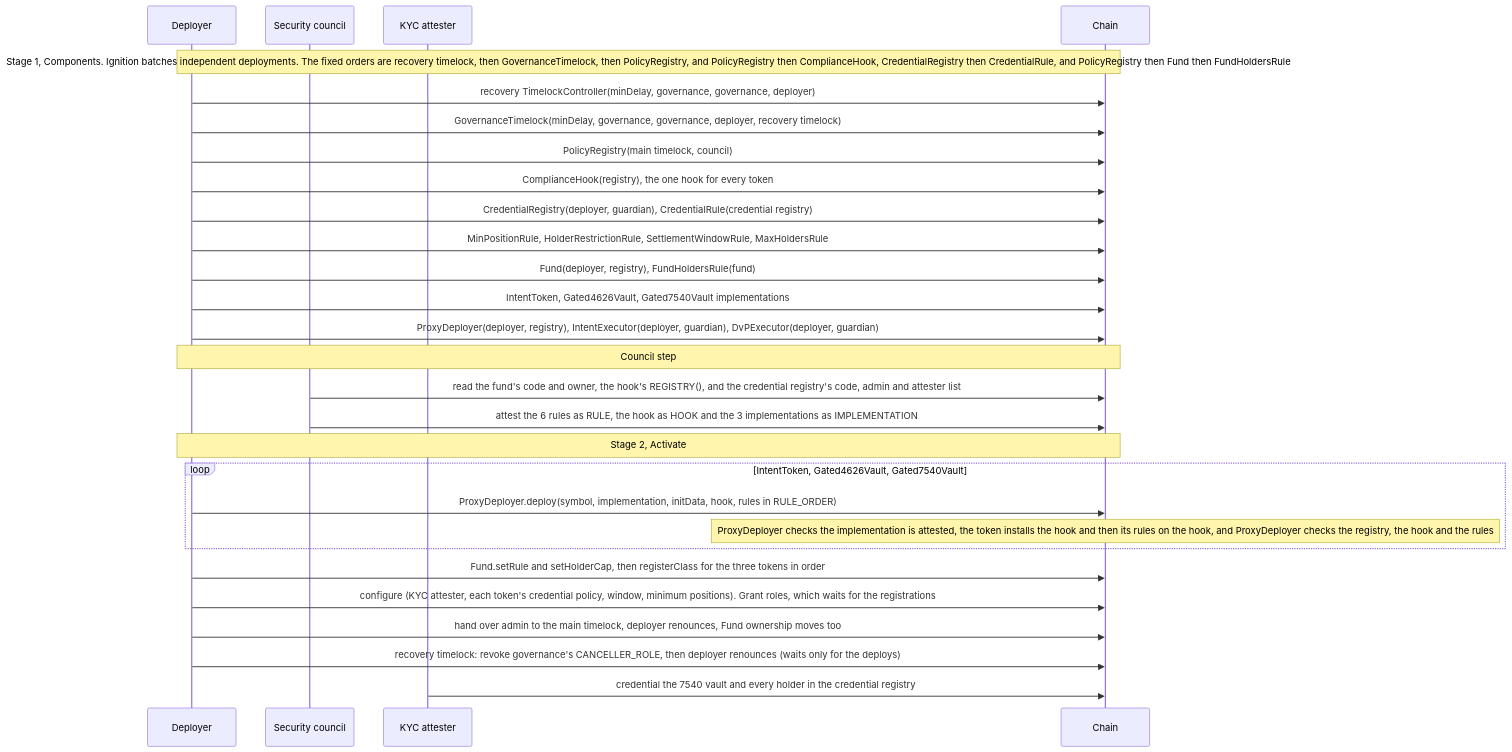
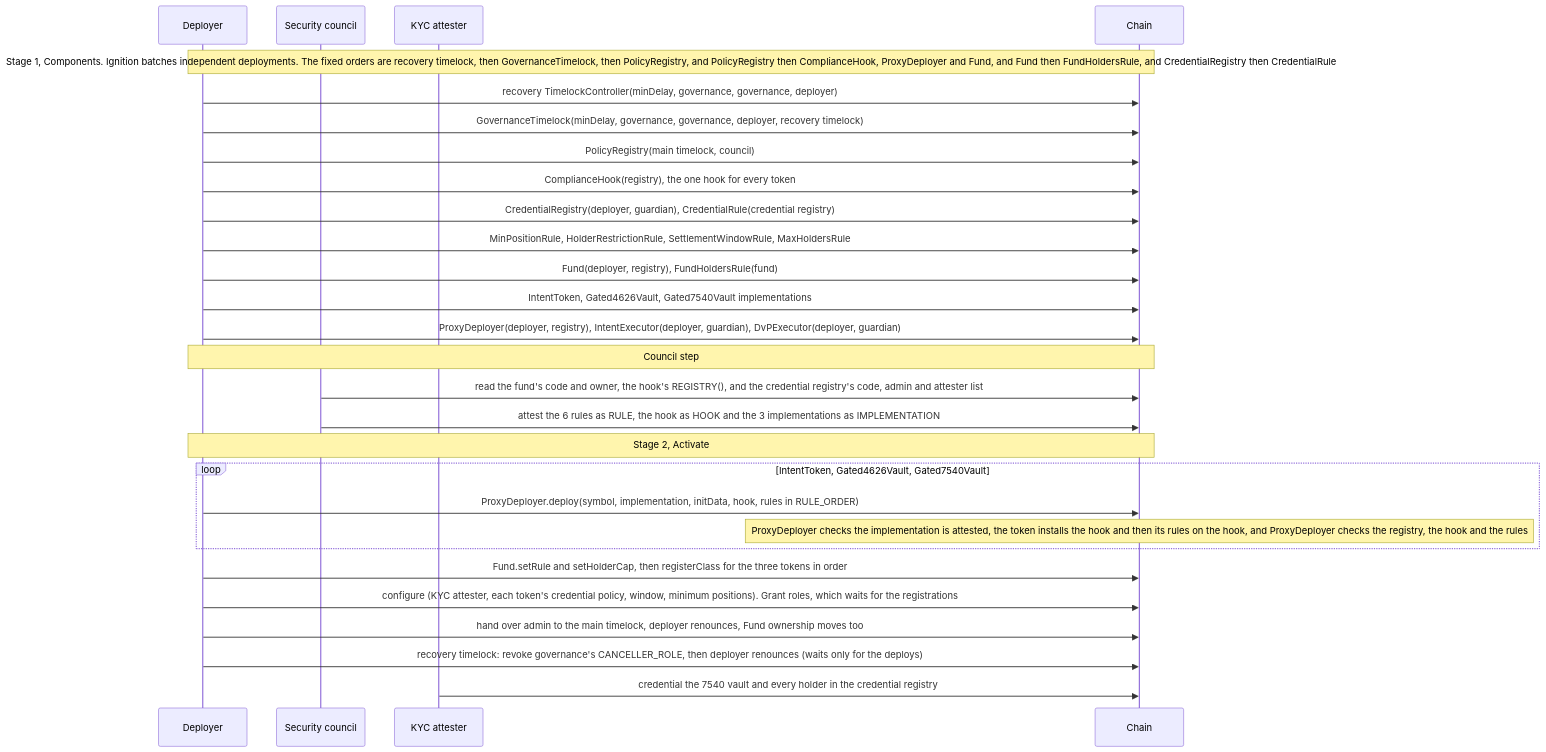
One commit to fepvenancio/rwa-token changed the sixth of 6 diagrams in docs/governance-and-deployment.md. Above: the diagram before and after it, drawn with Mermaid. The commit also changed other lines of this file and 10 other files, not shown here.

````diff
--- a/docs/governance-and-deployment.md
+++ b/docs/governance-and-deployment.md
@@ -352,33 +353,33 @@
 ```mermaid
 sequenceDiagram
   participant D as Deployer
   participant Co as Security council
   participant KA as KYC attester
   participant Ch as Chain
 
-  Note over D,Ch: Stage 1, Components. Ignition batches independent deployments. The fixed orders are recovery timelock, then GovernanceTimelock, then PolicyRegistry, and PolicyRegistry then ComplianceHook, CredentialRegistry then CredentialRule, and PolicyRegistry then Fund then FundHoldersRule
+  Note over D,Ch: Stage 1, Components. Ignition batches independent deployments. The fixed orders are recovery timelock, then GovernanceTimelock, then PolicyRegistry, and PolicyRegistry then ComplianceHook, ProxyDeployer and Fund, and Fund then FundHoldersRule, and CredentialRegistry then CredentialRule
   D->>Ch: recovery TimelockController(minDelay, governance, governance, deployer)
   D->>Ch: GovernanceTimelock(minDelay, governance, governance, deployer, recovery timelock)
   D->>Ch: PolicyRegistry(main timelock, council)
   D->>Ch: ComplianceHook(registry), the one hook for every token
   D->>Ch: CredentialRegistry(deployer, guardian), CredentialRule(credential registry)
   D->>Ch: MinPositionRule, HolderRestrictionRule, SettlementWindowRule, MaxHoldersRule
   D->>Ch: Fund(deployer, registry), FundHoldersRule(fund)
   D->>Ch: IntentToken, Gated4626Vault, Gated7540Vault implementations
   D->>Ch: ProxyDeployer(deployer, registry), IntentExecutor(deployer, guardian), DvPExecutor(deployer, guardian)
 
   Note over D,Ch: Council step
   Co->>Ch: read the fund's code and owner, the hook's REGISTRY(), and the credential registry's code, admin and attester list
   Co->>Ch: attest the 6 rules as RULE, the hook as HOOK and the 3 implementations as IMPLEMENTATION
 
   Note over D,Ch: Stage 2, Activate
   loop IntentToken, Gated4626Vault, Gated7540Vault
     D->>Ch: ProxyDeployer.deploy(symbol, implementation, initData, hook, rules in RULE_ORDER)
     Note over Ch: ProxyDeployer checks the implementation is attested, the token installs the hook and then its rules on the hook, and ProxyDeployer checks the registry, the hook and the rules
   end
   D->>Ch: Fund.setRule and setHolderCap, then registerClass for the three tokens in order
   D->>Ch: configure (KYC attester, each token's credential policy, window, minimum positions). Grant roles, which waits for the registrations
   D->>Ch: hand over admin to the main timelock, deployer renounces, Fund ownership moves too
   D->>Ch: recovery timelock: revoke governance's CANCELLER_ROLE, then deployer renounces (waits only for the deploys)
   KA->>Ch: credential the 7540 vault and every holder in the credential registry
 ```
````
